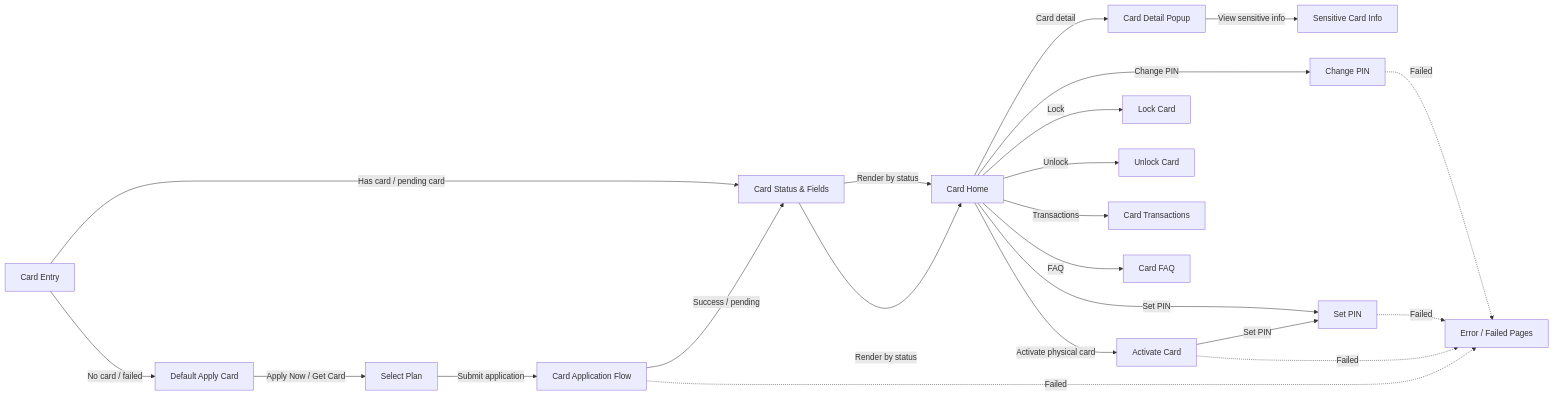
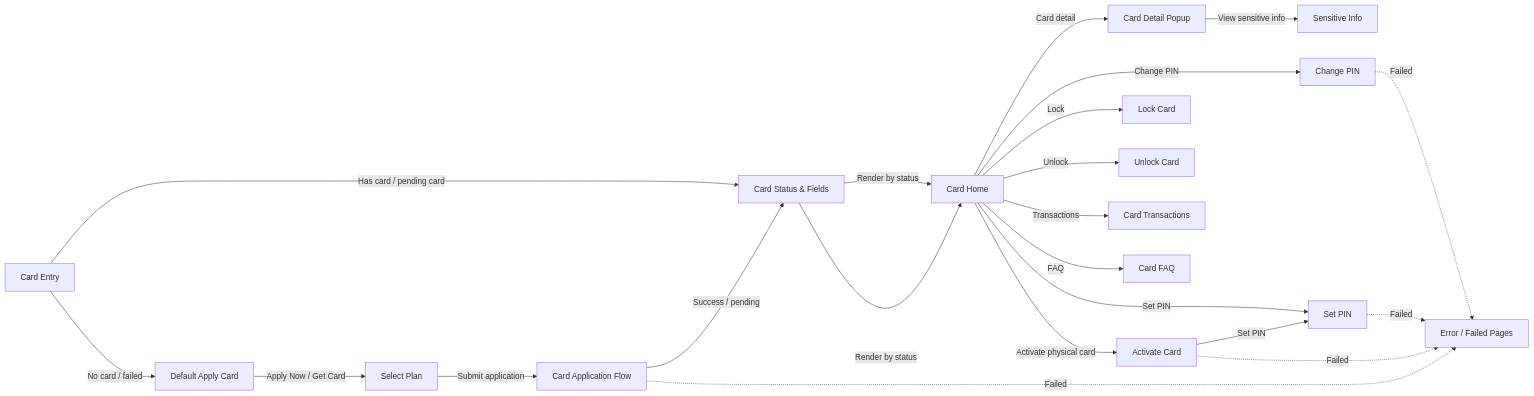
The second of 2 diagrams in knowledge-base/card/_index.md (kelvin381539960-cyber/prd-for-ai), drawn with Mermaid before and after one commit. The commit also changed other lines of this file, not shown here.

Commit message:
docs: mark card sensitive info active safely

````diff
--- a/knowledge-base/card/_index.md
+++ b/knowledge-base/card/_index.md
@@ -129,42 +129,42 @@
 ```mermaid
 flowchart LR
     Entry[Card Entry]
     DefaultCard[Default Apply Card]
     SelectPlan[Select Plan]
     Application[Card Application Flow]
     Status[Card Status & Fields]
     CardHome[Card Home]
     CardDetail[Card Detail Popup]
-    Sensitive[Sensitive Card Info]
+    Sensitive[Sensitive Info]
     Activation[Activate Card]
     SetPIN[Set PIN]
     ChangePIN[Change PIN]
     Lock[Lock Card]
     Unlock[Unlock Card]
     Transactions[Card Transactions]
     FAQ[Card FAQ]
     Error[Error / Failed Pages]
 
     Entry -->|No card / failed| DefaultCard
     DefaultCard -->|Apply Now / Get Card| SelectPlan
     SelectPlan -->|Submit application| Application
     Application -->|Success / pending| Status
     Status -->|Render by status| CardHome
     Application -.->|Failed| Error
 
     Entry -->|Has card / pending card| Status
     Status -->|Render by status| CardHome
     CardHome -->|Card detail| CardDetail
     CardDetail -->|View sensitive info| Sensitive
     CardHome -->|Activate physical card| Activation
     Activation -->|Set PIN| SetPIN
     CardHome -->|Set PIN| SetPIN
     CardHome -->|Change PIN| ChangePIN
     CardHome -->|Lock| Lock
     CardHome -->|Unlock| Unlock
     CardHome -->|Transactions| Transactions
     CardHome -->|FAQ| FAQ
     Activation -.->|Failed| Error
     SetPIN -.->|Failed| Error
     ChangePIN -.->|Failed| Error
 ```
````
